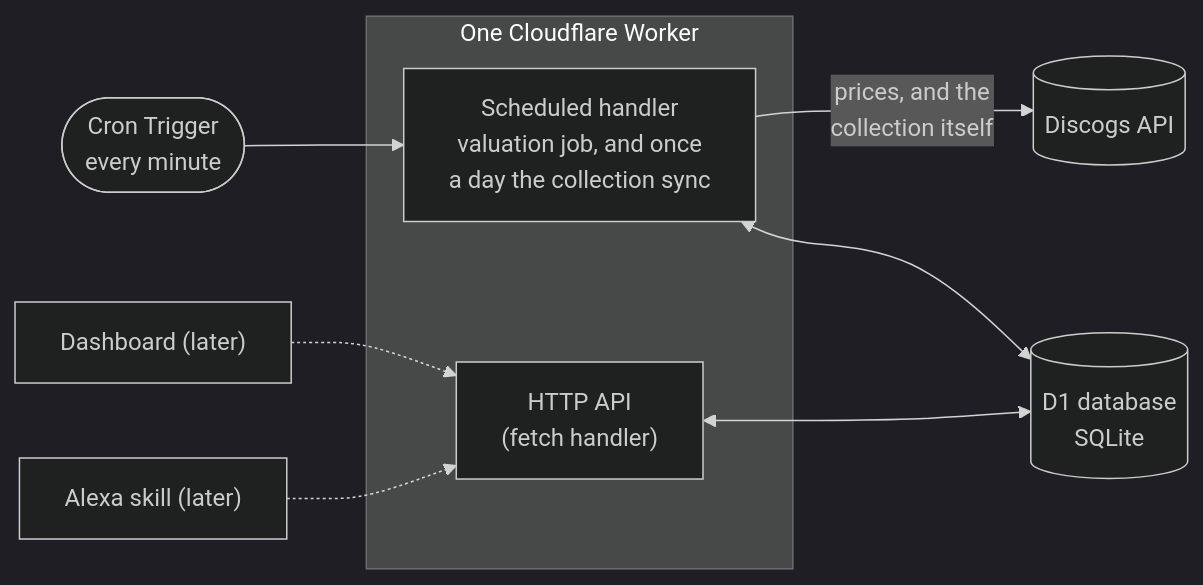
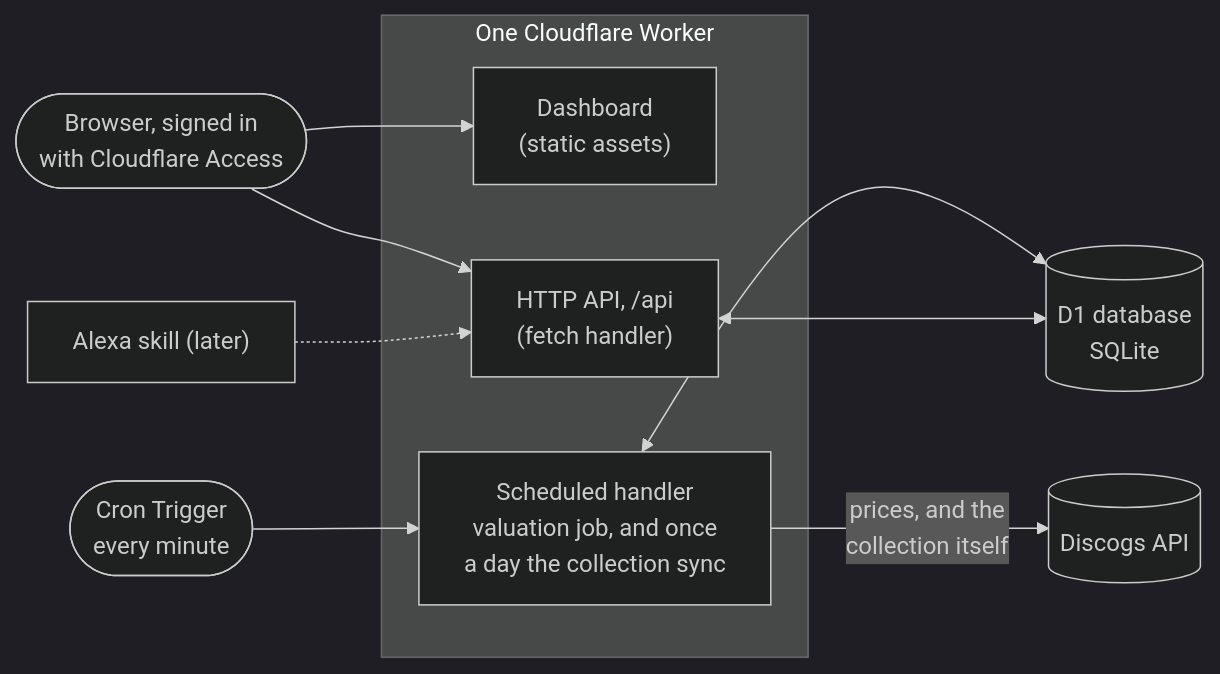
The diagram in README.md (JakubMini/vinyl-value-vault), drawn with Mermaid (dark theme) before and after one commit. The commit also changed other lines of this file and 22 other files, not shown here.

````diff
--- a/README.md
+++ b/README.md
@@ -19,13 +20,14 @@
 ```mermaid
 flowchart LR
+  browser(["Browser, signed in<br/>with Cloudflare Access"]) --> assets & api
   cron([Cron Trigger<br/>every minute]) --> job
   subgraph worker["One Cloudflare Worker"]
+    assets["Dashboard<br/>(static assets)"]
+    api["HTTP API, /api<br/>(fetch handler)"]
     job["Scheduled handler<br/>valuation job, and once<br/>a day the collection sync"]
-    api["HTTP API<br/>(fetch handler)"]
   end
   job -->|"prices, and the<br/>collection itself"| discogs[("Discogs API")]
   job <--> d1[("D1 database<br/>SQLite")]
   api <--> d1
-  dash["Dashboard (later)"] -.-> api
   alexa["Alexa skill (later)"] -.-> api
 ```
````
